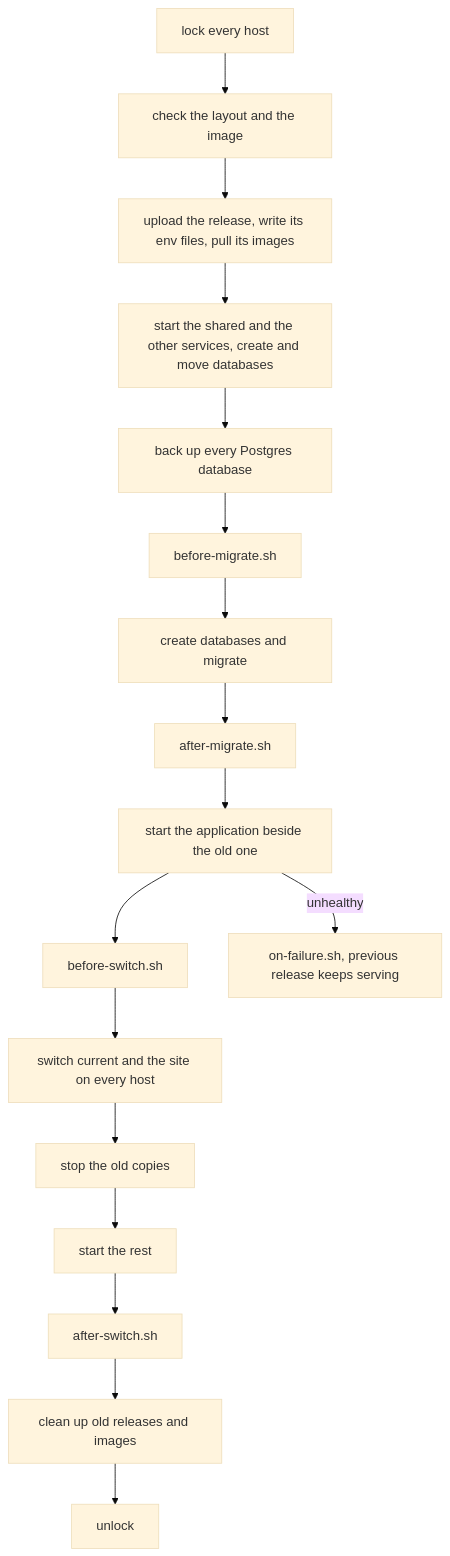
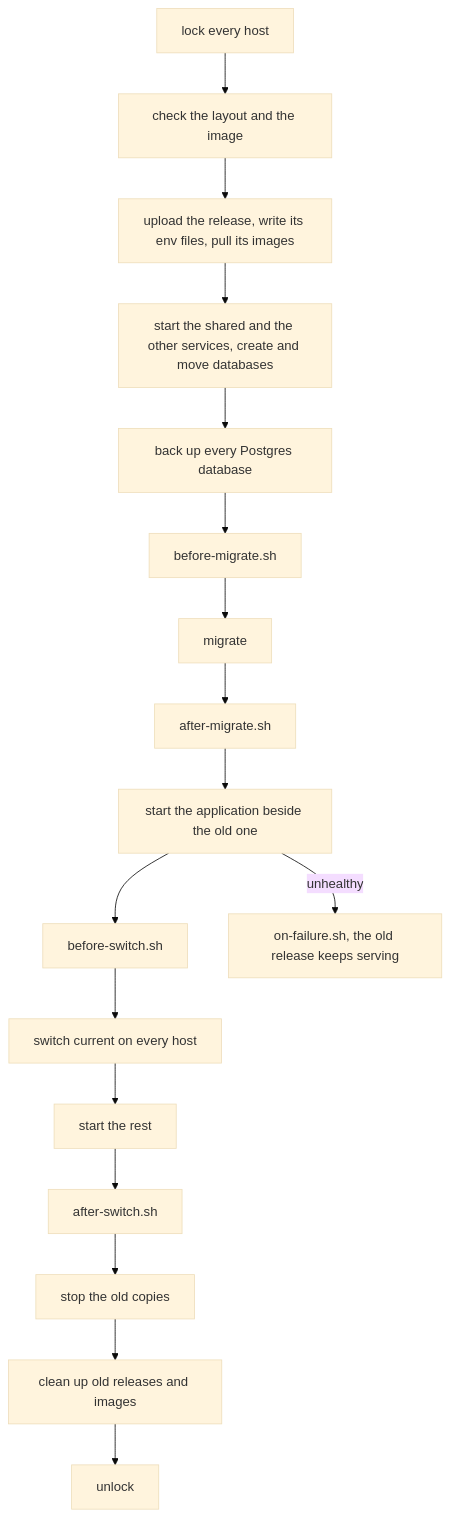
Before and after one commit to brnshkr/forge: the diagram in docs/deploy/index.md, drawn with Mermaid (base theme). The commit also changed other lines of this file and 127 other files, not shown here.

````diff
--- a/docs/deploy/index.md
+++ b/docs/deploy/index.md
@@ -39,19 +35,19 @@
 ```mermaid
 graph TD
   lock[lock every host] --> check[check the layout and the image]
   check --> upload[upload the release, write its env files, pull its images]
   upload --> services[start the shared and the other services, create and move databases]
   services --> backup[back up every Postgres database]
   backup --> beforeMigrate[before-migrate.sh]
-  beforeMigrate --> migrate[create databases and migrate]
+  beforeMigrate --> migrate[migrate]
   migrate --> afterMigrate[after-migrate.sh]
   afterMigrate --> start[start the application beside the old one]
   start --> beforeSwitch[before-switch.sh]
-  beforeSwitch --> switch[switch current and the site on every host]
-  switch --> stop[stop the old copies]
-  stop --> rest[start the rest]
+  beforeSwitch --> switch[switch current on every host]
+  switch --> rest[start the rest]
   rest --> afterSwitch[after-switch.sh]
-  afterSwitch --> clean[clean up old releases and images]
+  afterSwitch --> stop[stop the old copies]
+  stop --> clean[clean up old releases and images]
   clean --> unlock[unlock]
-  start -->|unhealthy| failure[on-failure.sh, previous release keeps serving]
+  start -->|unhealthy| failure[on-failure.sh, the old release keeps serving]
 ```
````
